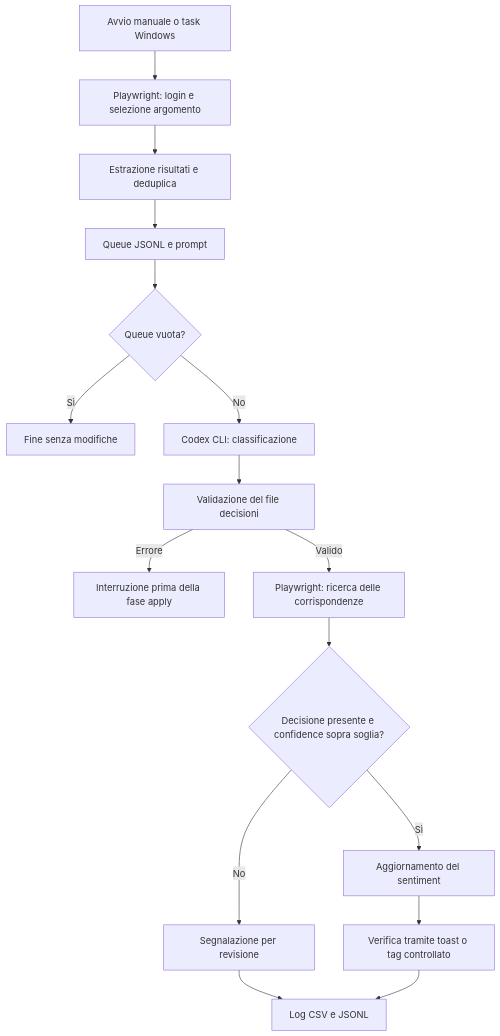
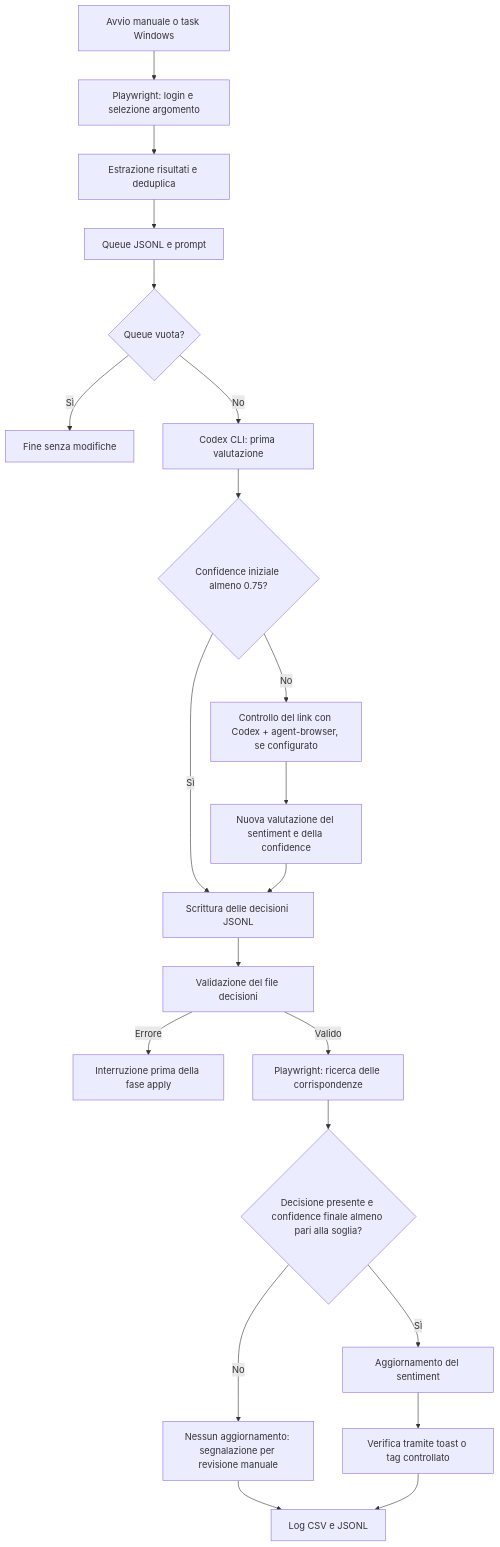
The diagram in README.md (andrea9339/linkmonitor-sentiment-automation), drawn with Mermaid before and after one commit. The commit also changed other lines of this file, not shown here.

Commit message:
Clarify browser verification before final confidence check

````diff
--- a/README.md
+++ b/README.md
@@ -17,18 +17,23 @@
 ```mermaid
 flowchart TD
     A[Avvio manuale o task Windows] --> B[Playwright: login e selezione argomento]
     B --> C[Estrazione risultati e deduplica]
     C --> D[Queue JSONL e prompt]
     D --> E{Queue vuota?}
     E -->|Sì| F[Fine senza modifiche]
-    E -->|No| G[Codex CLI: classificazione]
-    G --> H[Validazione del file decisioni]
+    E -->|No| G[Codex CLI: prima valutazione]
+    G --> P{Confidence iniziale almeno 0.75?}
+    P -->|Sì| Q[Scrittura delle decisioni JSONL]
+    P -->|No| R["Controllo del link con Codex + agent-browser, se configurato"]
+    R --> S[Nuova valutazione del sentiment e della confidence]
+    S --> Q
+    Q --> H[Validazione del file decisioni]
     H -->|Errore| I[Interruzione prima della fase apply]
     H -->|Valido| J[Playwright: ricerca delle corrispondenze]
-    J --> K{Decisione presente e confidence sopra soglia?}
-    K -->|No| L[Segnalazione per revisione]
+    J --> K{Decisione presente e confidence finale almeno pari alla soglia?}
+    K -->|No| L[Nessun aggiornamento: segnalazione per revisione manuale]
     K -->|Sì| M[Aggiornamento del sentiment]
     M --> N[Verifica tramite toast o tag controllato]
     L --> O[Log CSV e JSONL]
     N --> O
 ```
````
